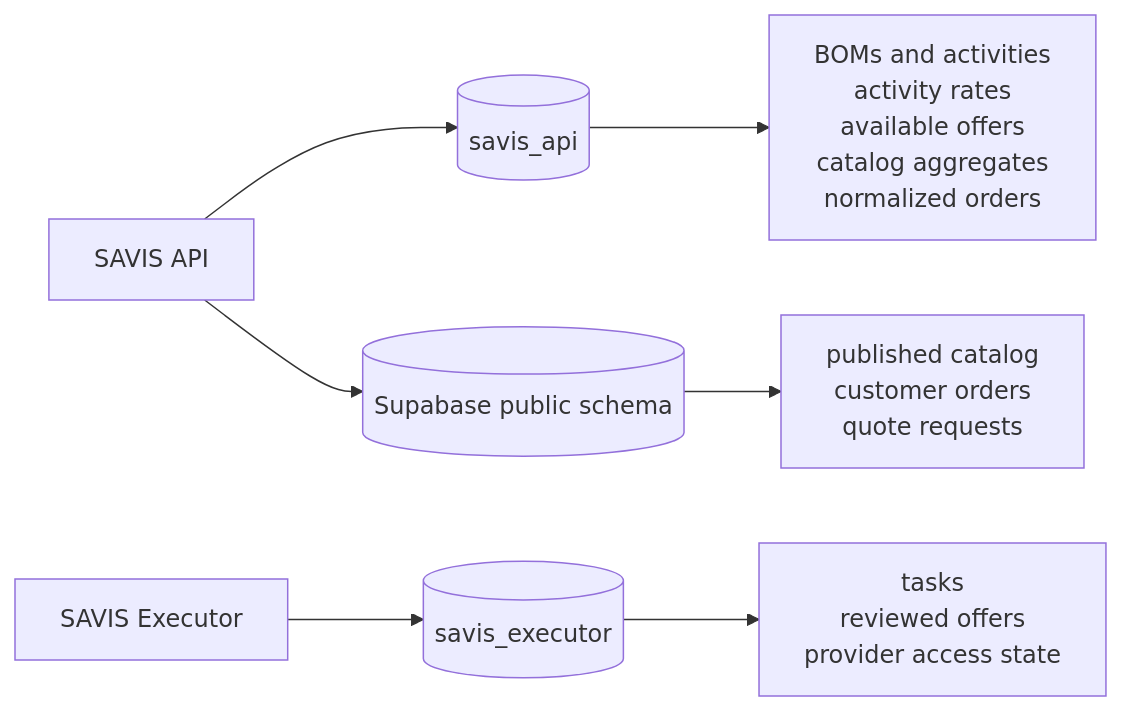
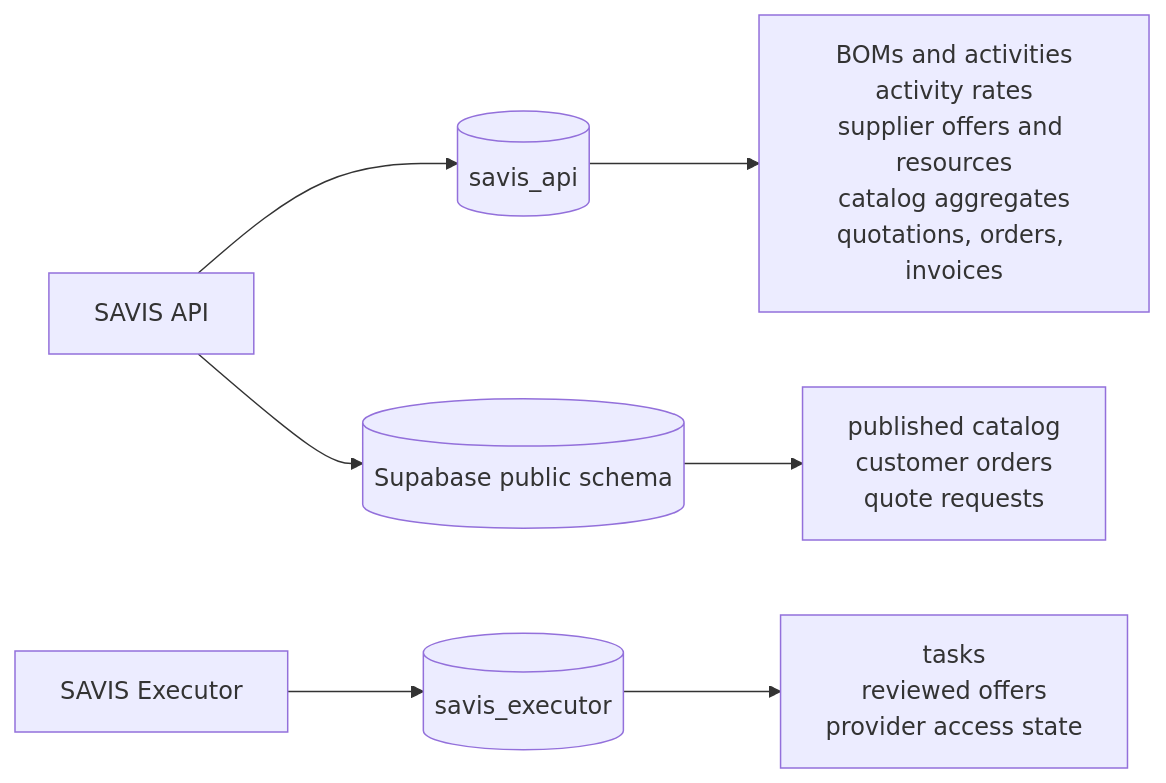
One commit to wiljeanlouis/savis changed diagram 19 of 20 in docs/ARCHITECTURE.md. Above: the diagram before and after it, drawn with Mermaid. The commit also changed other lines of this file and 24 other files, not shown here.

````diff
--- a/docs/ARCHITECTURE.md
+++ b/docs/ARCHITECTURE.md
@@ -989,10 +1129,10 @@
 ```mermaid
 flowchart LR
   Api["SAVIS API"] --> ApiSchema[("savis_api")]
   Executor["SAVIS Executor"] --> ExecutorSchema[("savis_executor")]
   Api --> PublicSchema[("Supabase public schema")]
 
-  ApiSchema --> ApiData["BOMs and activities<br/>activity rates<br/>available offers<br/>catalog aggregates<br/>normalized orders"]
+  ApiSchema --> ApiData["BOMs and activities<br/>activity rates<br/>supplier offers and resources<br/>catalog aggregates<br/>quotations, orders, invoices"]
   ExecutorSchema --> ExecutorData["tasks<br/>reviewed offers<br/>provider access state"]
   PublicSchema --> PublicData["published catalog<br/>customer orders<br/>quote requests"]
 ```
````
